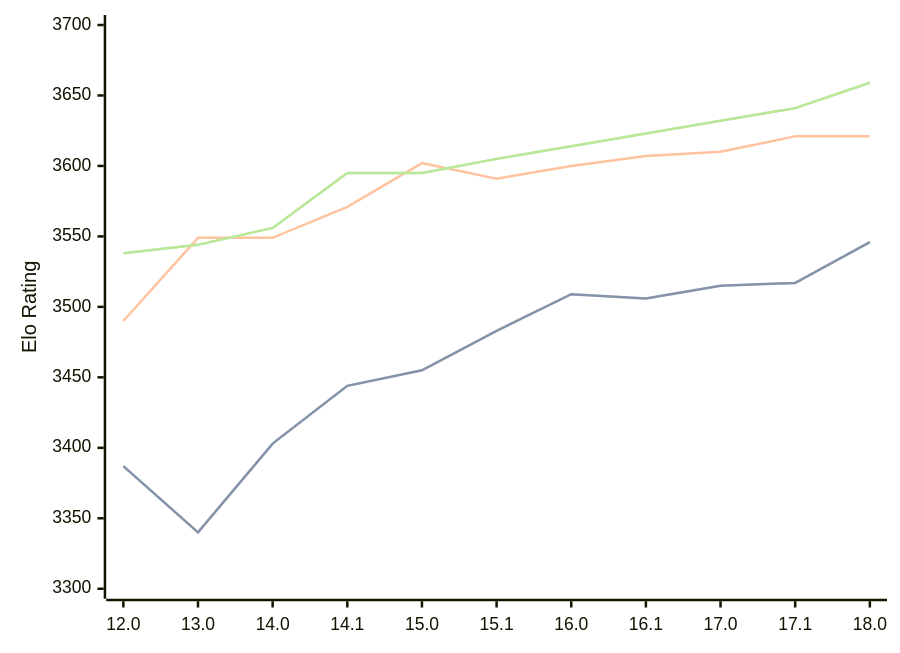
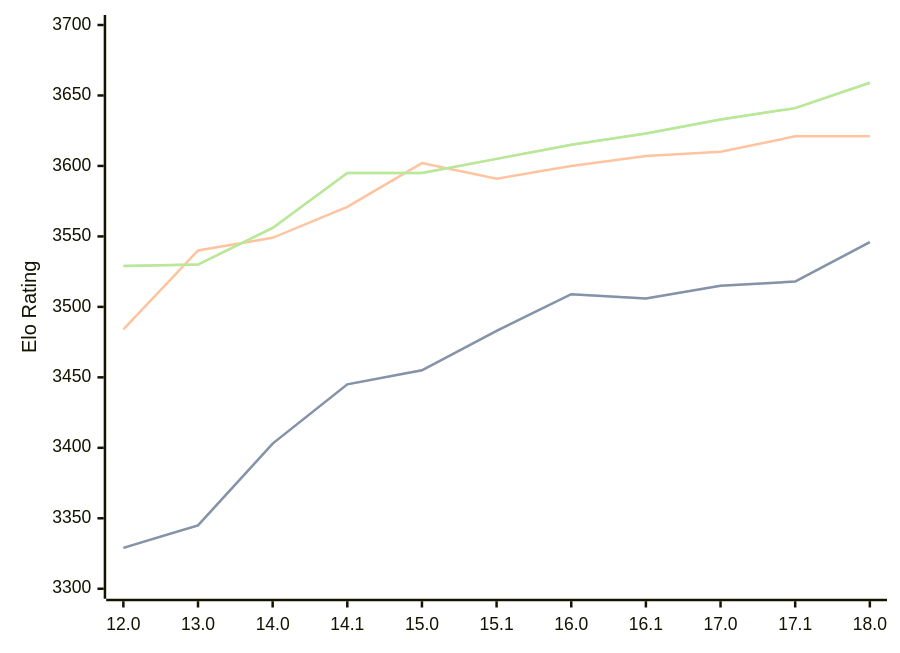
The diagram in engines/Stockfish.md (computer-chess-index/cci), drawn with Mermaid before and after one commit. The commit also changed other lines of this file, not shown here.

Commit message:
Update CCI Ratings (ELO VLTC) - 2026-02-18

````diff
--- a/engines/Stockfish.md
+++ b/engines/Stockfish.md
@@ -42,11 +42,11 @@
 ```mermaid
 %%{init: {"theme":"base","themeVariables":{"seriesColors:['#a3a3a3','#222221','#faa371']}}}%%
 xychart-beta
   x-axis ["12.0", "13.0", "14.0", "14.1", "15.0", "15.1", "16.0", "16.1", "17.0", "17.1", "18.0"]
   y-axis "Elo Rating" 3300 --> 3700
-  line "STC (8.0+0.08s)" [3387, 3340, 3403, 3444, 3455, 3483, 3509, 3506, 3515, 3517, 3546]
-  line "STC (8.0+0.08s)" [3387, 3340, 3403, 3444, 3455, 3483, 3509, 3506, 3515, 3517, 3546]
-  line "LTC (60.0+0.60s)" [3490, 3549, 3549, 3571, 3602, 3591, 3600, 3607, 3610, 3621, 3621]
-  line "VLTC (2m24s+1.12s)" [3538, 3544, 3556, 3595, 3595, 3605, 3614, 3623, 3632, 3641, 3659]
-  line "VLTC (2m24s+1.12s)" [3538, 3544, 3556, 3595, 3595, 3605, 3614, 3623, 3632, 3641, 3659]
+  line "STC (8.0+0.08s)" [3329, 3345, 3403, 3445, 3455, 3483, 3509, 3506, 3515, 3518, 3546]
+  line "STC (8.0+0.08s)" [3329, 3345, 3403, 3445, 3455, 3483, 3509, 3506, 3515, 3518, 3546]
+  line "LTC (60.0+0.60s)" [3484, 3540, 3549, 3571, 3602, 3591, 3600, 3607, 3610, 3621, 3621]
+  line "VLTC (2m24s+1.12s)" [3529, 3530, 3556, 3595, 3595, 3605, 3615, 3623, 3633, 3641, 3659]
+  line "VLTC (2m24s+1.12s)" [3529, 3530, 3556, 3595, 3595, 3605, 3615, 3623, 3633, 3641, 3659]
 ```
````
